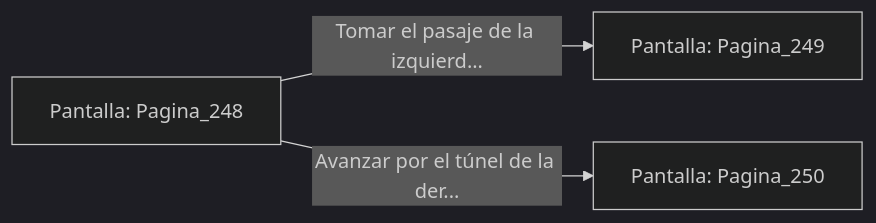
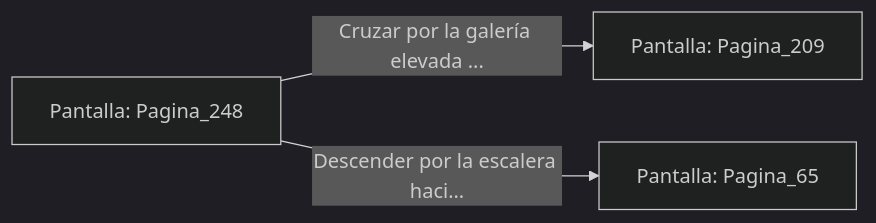
One commit to metsuke/mpl changed the diagram in sample/eligejuego-vault/Pantalla_Pagina_248.md. Above: the diagram before and after it, drawn with Mermaid (dark theme). The commit also changed other lines of this file and 635 other files, not shown here.

First line of the commit message:
fix: añadir Pagina_1 como pantalla inicial en capitulo_01.mpl

````diff
--- a/sample/eligejuego-vault/Pantalla_Pagina_248.md
+++ b/sample/eligejuego-vault/Pantalla_Pagina_248.md
@@ -20,6 +22,6 @@
 ```mermaid
 graph LR
     P_Pagina_248["Pantalla: Pagina_248"]
-    P_Pagina_248 -->|"Tomar el pasaje de la izquierd..."| P_Pagina_249["Pantalla: Pagina_249"]
-    P_Pagina_248 -->|"Avanzar por el túnel de la der..."| P_Pagina_250["Pantalla: Pagina_250"]
+    P_Pagina_248 -->|"Cruzar por la galería elevada ..."| P_Pagina_209["Pantalla: Pagina_209"]
+    P_Pagina_248 -->|"Descender por la escalera haci..."| P_Pagina_65["Pantalla: Pagina_65"]
 ```
````
